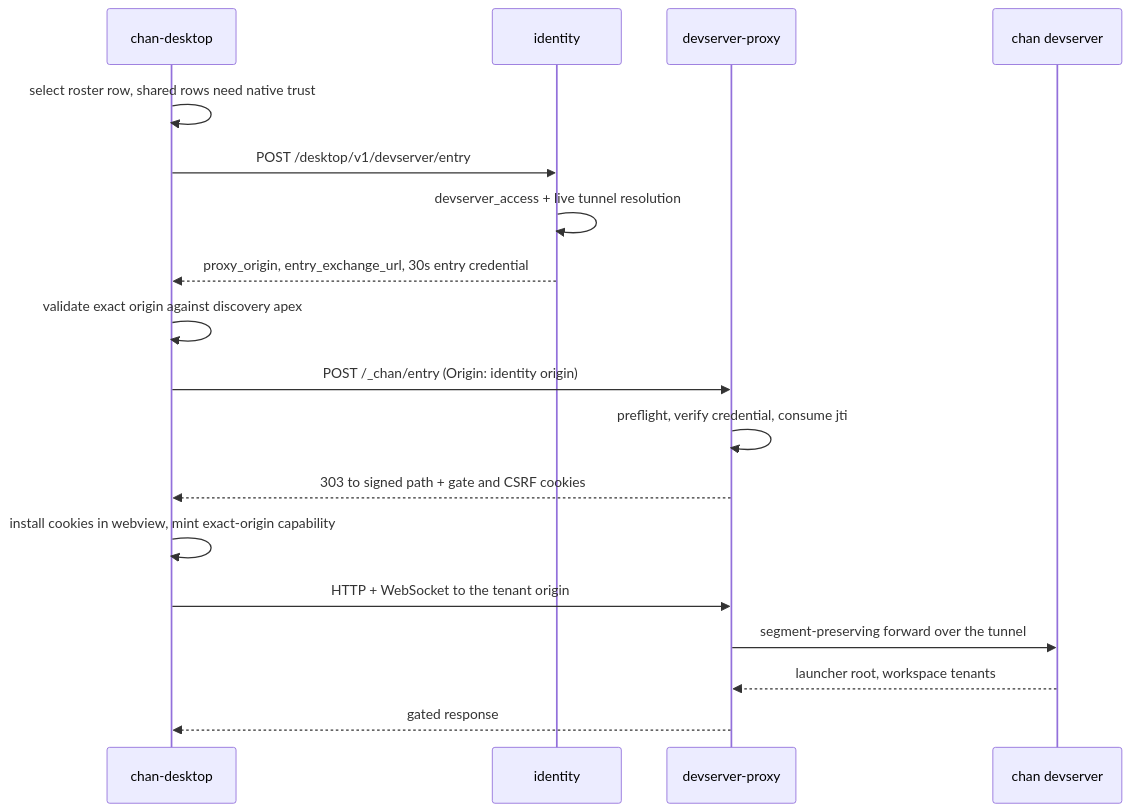
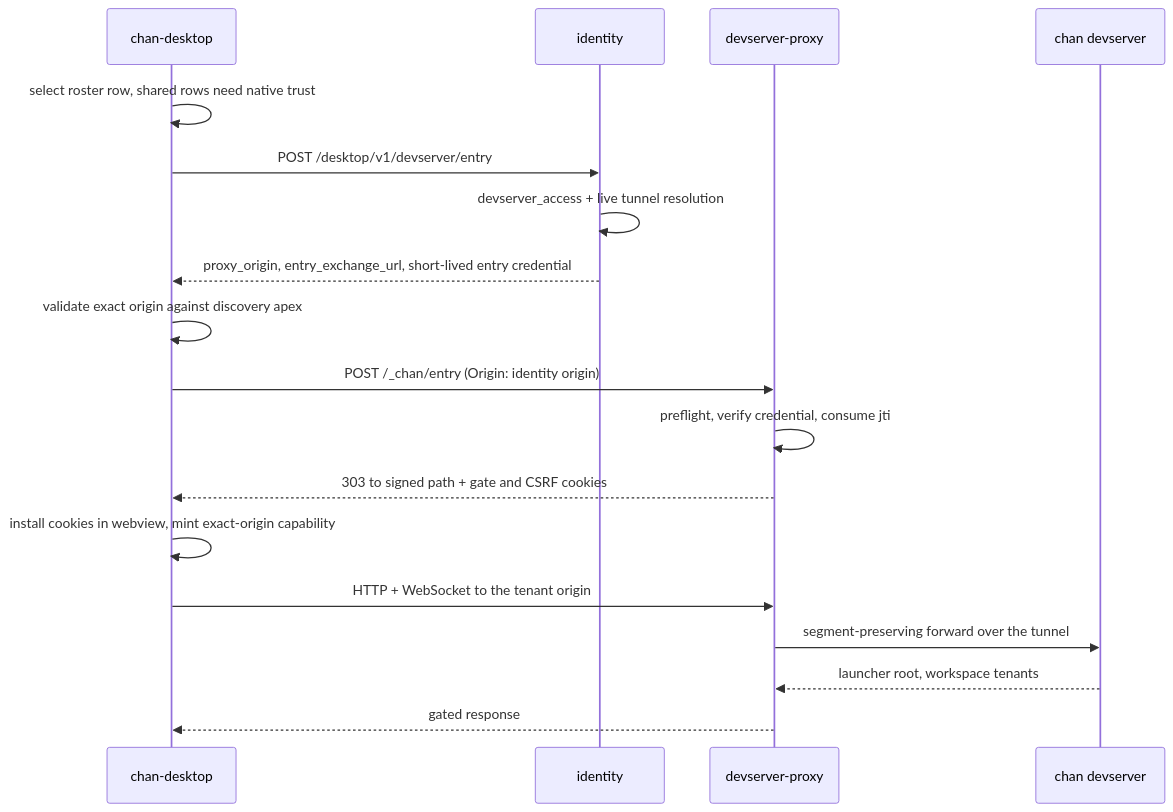
One commit to fiorix/chan changed the fourth of 4 diagrams in gateway/design.md. Above: the diagram before and after it, drawn with Mermaid. The commit also changed other lines of this file and 19 other files, not shown here.

````diff
--- a/gateway/design.md
+++ b/gateway/design.md
@@ -132,20 +139,20 @@
 ```mermaid
 sequenceDiagram
     participant DT as chan-desktop
     participant ID as identity
     participant PX as devserver-proxy
     participant DS as chan devserver
     DT->>DT: select roster row, shared rows need native trust
     DT->>ID: POST /desktop/v1/devserver/entry
     ID->>ID: devserver_access + live tunnel resolution
-    ID-->>DT: proxy_origin, entry_exchange_url, 30s entry credential
+    ID-->>DT: proxy_origin, entry_exchange_url, short-lived entry credential
     DT->>DT: validate exact origin against discovery apex
     DT->>PX: POST /_chan/entry (Origin: identity origin)
     PX->>PX: preflight, verify credential, consume jti
     PX-->>DT: 303 to signed path + gate and CSRF cookies
     DT->>DT: install cookies in webview, mint exact-origin capability
     DT->>PX: HTTP + WebSocket to the tenant origin
     PX->>DS: segment-preserving forward over the tunnel
     DS-->>PX: launcher root, workspace tenants
     PX-->>DT: gated response
 ```
````
